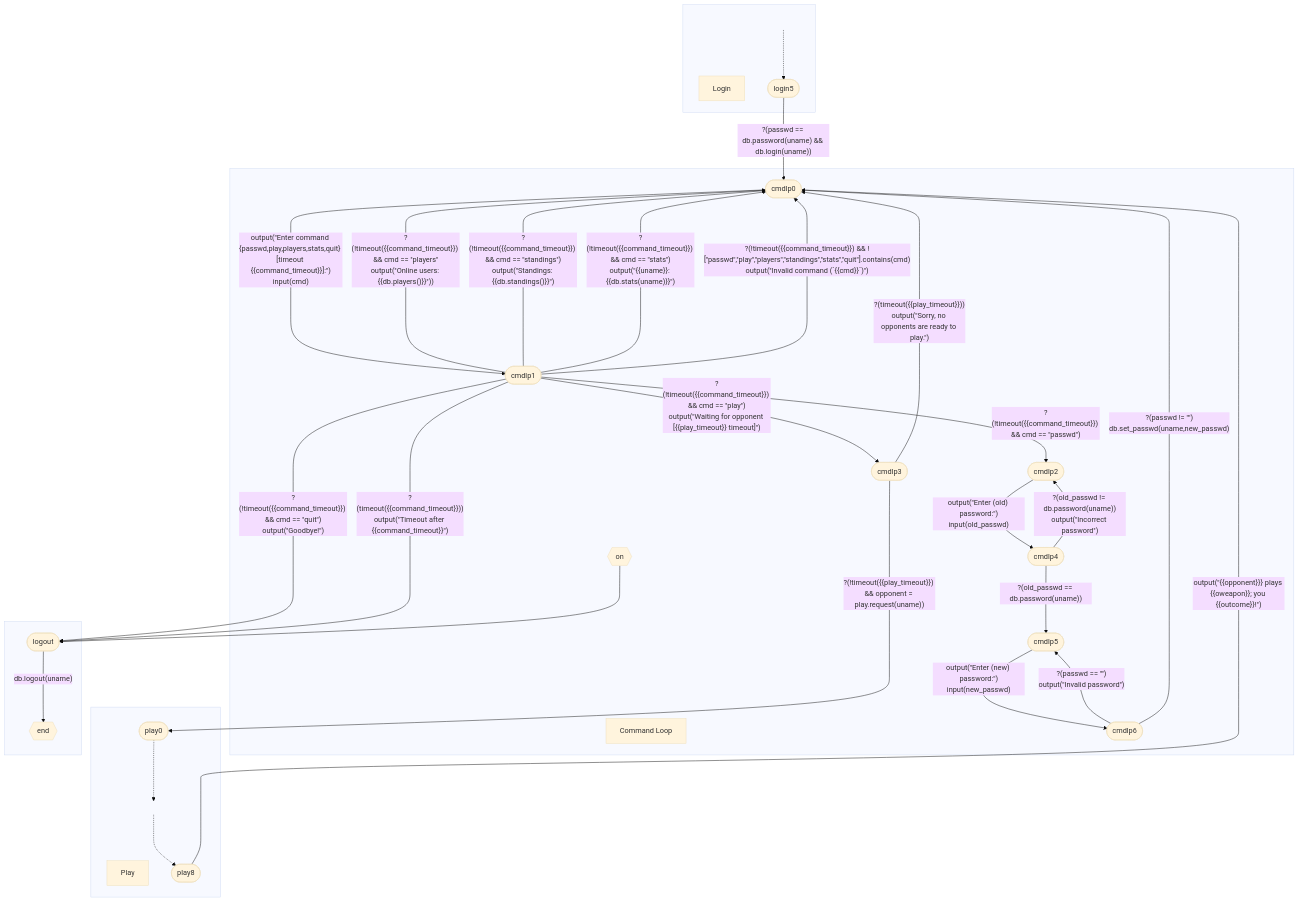
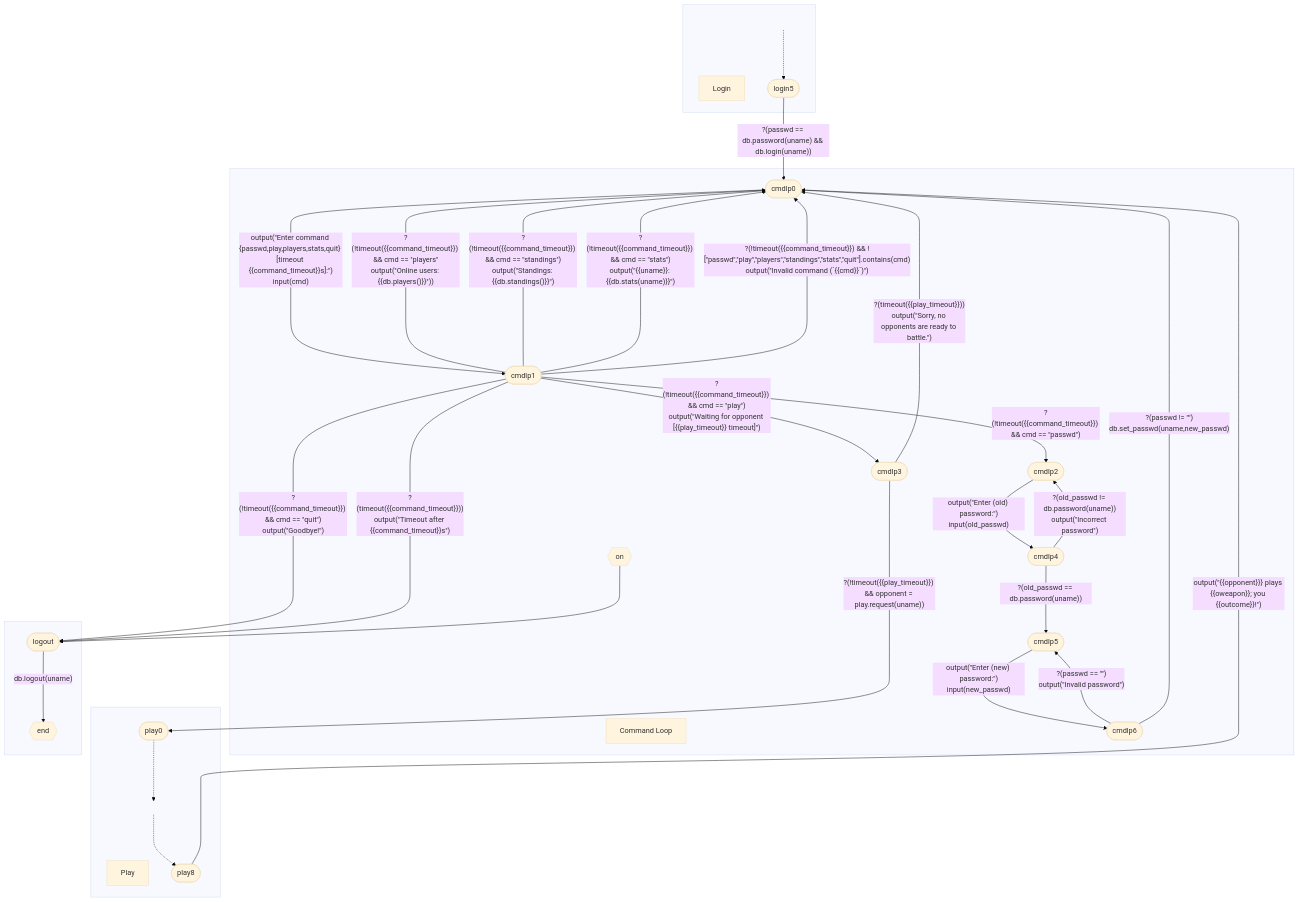
One commit to jianliao/MTFPSR changed the diagram in prog06/assets/command-loop-state-diagram.mmd. Above: the diagram before and after it, drawn with Mermaid (base theme). The commit also changed 7 other files, not shown here.

Commit message:
Update prog06 state diagrams

```diff
--- a/prog06/assets/command-loop-state-diagram.mmd
+++ b/prog06/assets/command-loop-state-diagram.mmd
@@ -1,63 +1,63 @@
 graph TD
     subgraph Login [ ]
       login_title["Login"]
       loginz[" "] -..-> login5
       login5([login5])
     end
     subgraph CommandLoop [ ]
       cmdlp_title["Command Loop"]
       cmdlp_disconnect{{on <disconnect>}}
       cmdlp0([cmdlp0])
       cmdlp1([cmdlp1])
       cmdlp2([cmdlp2])
       cmdlp3([cmdlp3])
       cmdlp4([cmdlp4])
       cmdlp5([cmdlp5])
       cmdlp6([cmdlp6])
     end
     subgraph Play [ ]
       play_title["Play"]
       play0([play0])
       play8([play8])
       play0 -..-> playz[" "] -..-> play8
     end
     subgraph ENDSG [ ]
       END{{end}}
       logout([logout])
     end
 
     login5 -->|"?(passwd == db.password(uname) && db.login(uname))"| cmdlp0
 
 
-    cmdlp0 ---->|"output(''Enter command {passwd,play,players,stats,quit} [timeout {{command_timeout}}]:'')<br>input(cmd)"| cmdlp1
+    cmdlp0 ---->|"output(''Enter command {passwd,play,players,stats,quit} [timeout {{command_timeout}}s]:'')<br>input(cmd)"| cmdlp1
     cmdlp1 -->|"?(!timeout({{command_timeout}}) && cmd == ''passwd'')"| cmdlp2
     cmdlp1 -->|"?(!timeout({{command_timeout}}) && cmd == ''play'')<br>output(''Waiting for opponent [{{play_timeout}} timeout]'')"| cmdlp3
     cmdlp1 -->|"?(!timeout({{command_timeout}}) && cmd == ''players''<br>output(''Online users: {{db.players()}}''))"| cmdlp0
     cmdlp1 -->|"?(!timeout({{command_timeout}}) && cmd == ''standings'')<br>output(''Standings: {{db.standings()}}'')"| cmdlp0
     cmdlp1 -->|"?(!timeout({{command_timeout}}) && cmd == ''stats'')<br>output(''{{uname}}: {{db.stats(uname)}}'')"| cmdlp0
     cmdlp1 ---->|"?(!timeout({{command_timeout}}) && cmd == ''quit'')<br>output(''Goodbye!'')<br><terminate>"| logout
-    cmdlp1 ---->|"?(timeout({{command_timeout}}))<br>output(''Timeout after {{command_timeout}}'')<br><terminate>"| logout
+    cmdlp1 ---->|"?(timeout({{command_timeout}}))<br>output(''Timeout after {{command_timeout}}s'')<br><terminate>"| logout
     cmdlp1 -->|"?(!timeout({{command_timeout}}) && ![''passwd'',''play'',''players'',''standings'',''stats'',''quit''].contains(cmd)<br>output(''Invalid command (`{{cmd}}`)'')"| cmdlp0
 
     cmdlp2 -->|"output(''Enter (old) password:'')<br>input(old_passwd)"| cmdlp4
     cmdlp4 -->|"?(old_passwd != db.password(uname))<br>output(''Incorrect password'')"| cmdlp2
     cmdlp4 -->|"?(old_passwd == db.password(uname))"| cmdlp5
 
     cmdlp5 -->|"output(''Enter (new) password:'')<br>input(new_passwd)"| cmdlp6
     cmdlp6 -->|"?(passwd == '''')<br>output(''Invalid password'')"| cmdlp5
     cmdlp6 -->|"?(passwd != '''')<br>db.set_passwd(uname,new_passwd)"| cmdlp0
 
-    cmdlp3 ---->|"?(timeout({{play_timeout}}))<br>output(''Sorry, no opponents are ready to play.'')"| cmdlp0
+    cmdlp3 ---->|"?(timeout({{play_timeout}}))<br>output(''Sorry, no opponents are ready to battle.'')"| cmdlp0
     cmdlp3 ---->|"?(!timeout({{play_timeout}}) && opponent = play.request(uname))"| play0
 
     cmdlp_disconnect --> logout
 
 
     play8 -->|"output(''{{opponent}}} plays {{oweapon}}; you {{outcome}}!'')"| cmdlp0
 
 
     logout -->|"db.logout(uname)"| END
 
 
     classDef invisible visibility:hidden;
     class loginz,playz invisible
```
